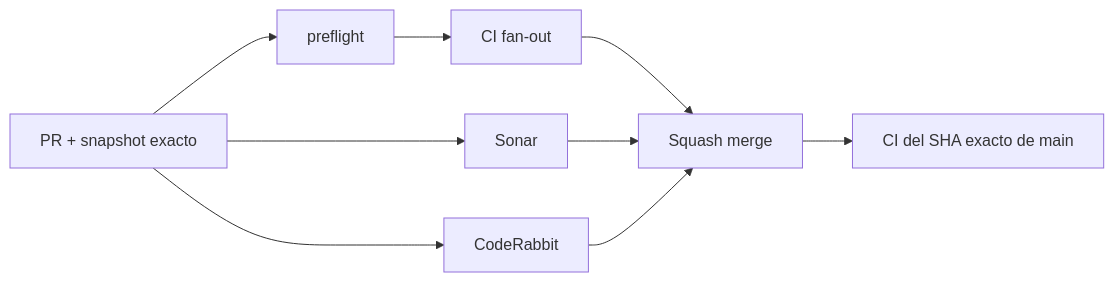
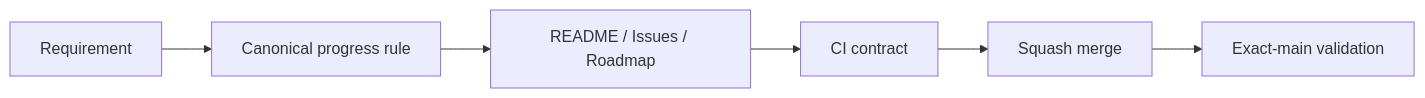
One commit to pl0n3r/brvtal changed the diagram in README.md. Above: the diagram before and after it, drawn with Mermaid. The commit also changed other lines of this file and 4 other files, not shown here.

````diff
--- a/README.md
+++ b/README.md
@@ -44,11 +48,8 @@
 ```mermaid
 flowchart LR
- A["PR + snapshot exacto"] --> P["preflight"]
- P --> F["CI fan-out"]
- A --> S["Sonar"]
- A --> C["CodeRabbit"]
- F --> M["Squash merge"]
- S --> M
- C --> M
- M --> X["CI del SHA exacto de main"]
+ A["Requirement"] --> R["Canonical progress rule"]
+ R --> T["README / Issues / Roadmap"]
+ T --> C["CI contract"]
+ C --> M["Squash merge"]
+ M --> X["Exact-main validation"]
 ```
````
